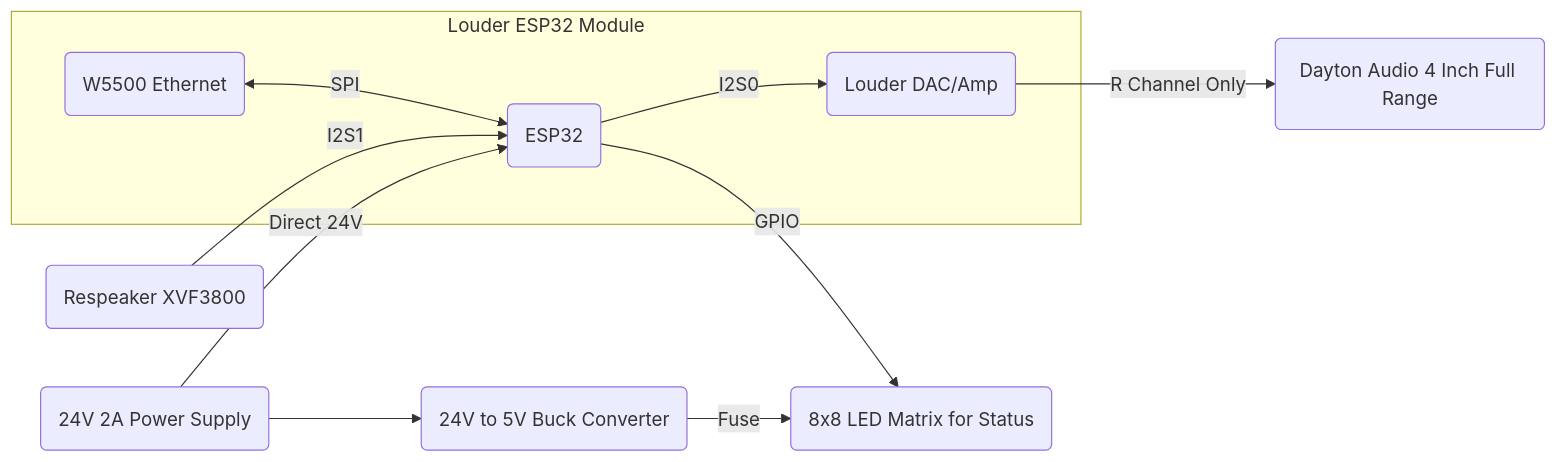
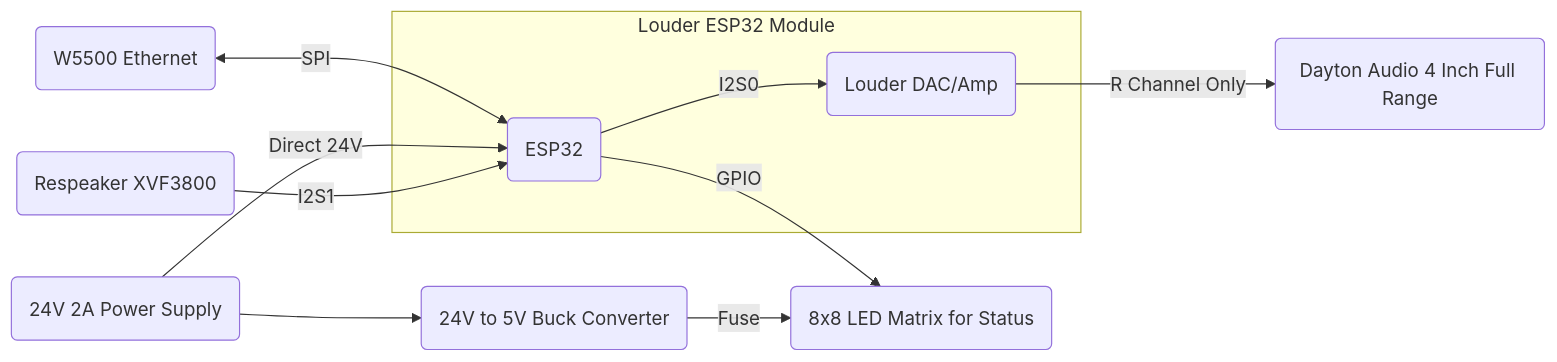
One commit to danni-storm/lamePod changed the diagram in brain_dump.md. Above: the diagram before and after it, drawn with Mermaid. The commit also changed other lines of this file and 1 other file, not shown here.

````diff
--- a/brain_dump.md
+++ b/brain_dump.md
@@ -7,21 +19,21 @@
 ```mermaid
 flowchart LR
     subgraph Louder ESP32 Module
         A -- I2S0 --> D
-        F <-- SPI --> A
     end
+    F <-- SPI --> A
     D -- R Channel Only --> C
     A("ESP32")
     B("Respeaker XVF3800")
     C("Dayton Audio 4 Inch Full Range")
     D("Louder DAC/Amp")
     E("8x8 LED Matrix for Status")
     F("W5500 Ethernet")
     G("24V 2A Power Supply")
     I("24V to 5V Buck Converter")
     G --> I
     I -- Fuse --> E
     G -- Direct 24V --> A
     B -- I2S1 --> A
     A -- GPIO --> E
 ```
````
